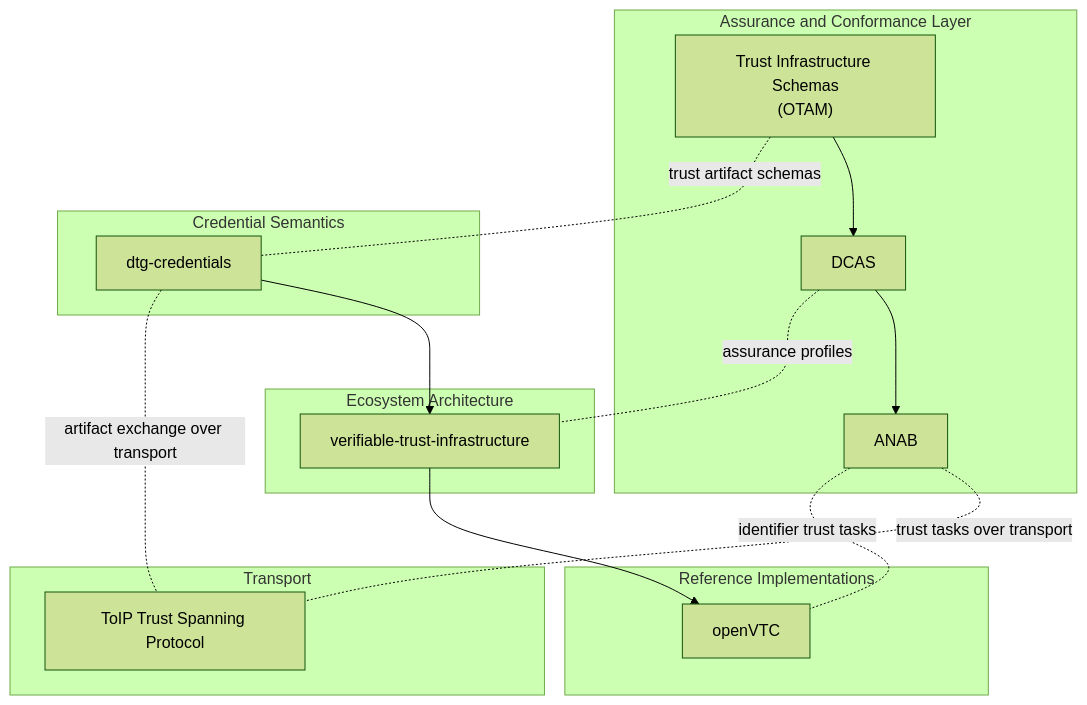
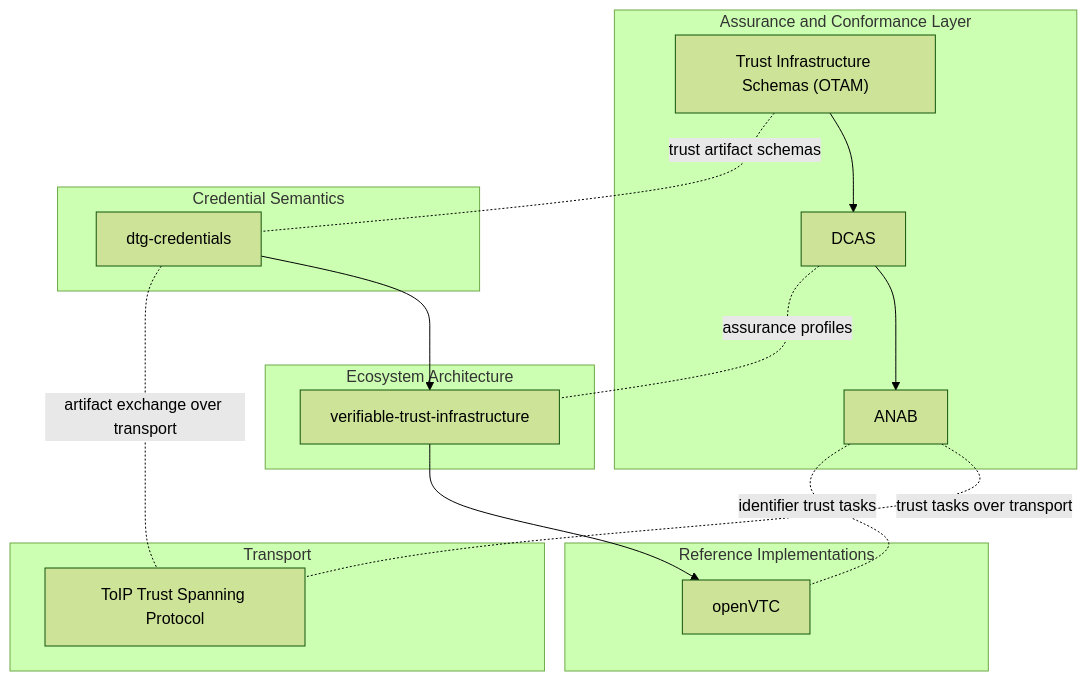
The diagram in docs/architecture.md (sankarshanmukhopadhyay/agent-name-assurance-baseline), drawn with Mermaid (forest theme) before and after one commit. The commit also changed 1 other file, not shown here.

Commit message:
ci: pin Mermaid DOM sanitizer compatibility

````diff
--- a/docs/architecture.md
+++ b/docs/architecture.md
@@ -5,37 +5,37 @@
 ```mermaid
 flowchart TB
   subgraph A[Assurance and Conformance Layer]
-    S["Trust Infrastructure Schemas<br/>(OTAM)"]
+    S["Trust Infrastructure Schemas (OTAM)"]
     D[DCAS]
     N[ANAB]
     S --> D --> N
   end
 
   subgraph T[Transport]
     TSP[ToIP Trust Spanning Protocol]
   end
 
   subgraph C[Credential Semantics]
     DC[dtg-credentials]
   end
 
   subgraph I[Ecosystem Architecture]
     VTI[verifiable-trust-infrastructure]
   end
 
   subgraph R[Reference Implementations]
     O[openVTC]
   end
 
   %% Typical dependency direction
   DC --> VTI --> O
 
   %% Transport adjacency (non-normative)
   N -. "trust tasks over transport" .- TSP
   DC -. "artifact exchange over transport" .- TSP
 
   %% Interop touchpoints (non-normative)
   S -. "trust artifact schemas" .- DC
   D -. "assurance profiles" .- VTI
   N -. "identifier trust tasks" .- O
 ```
````
